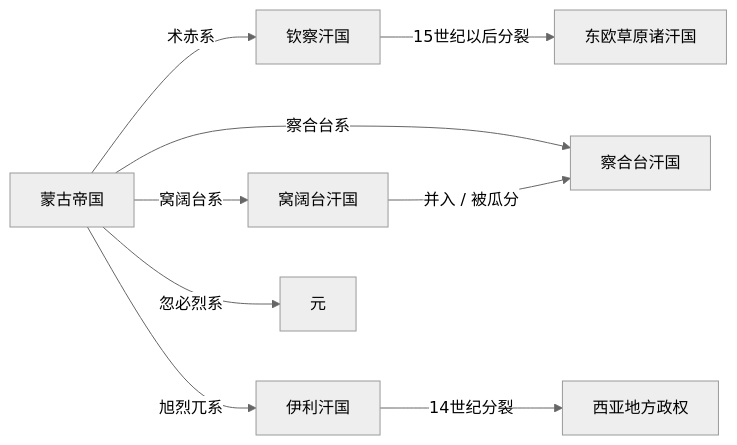
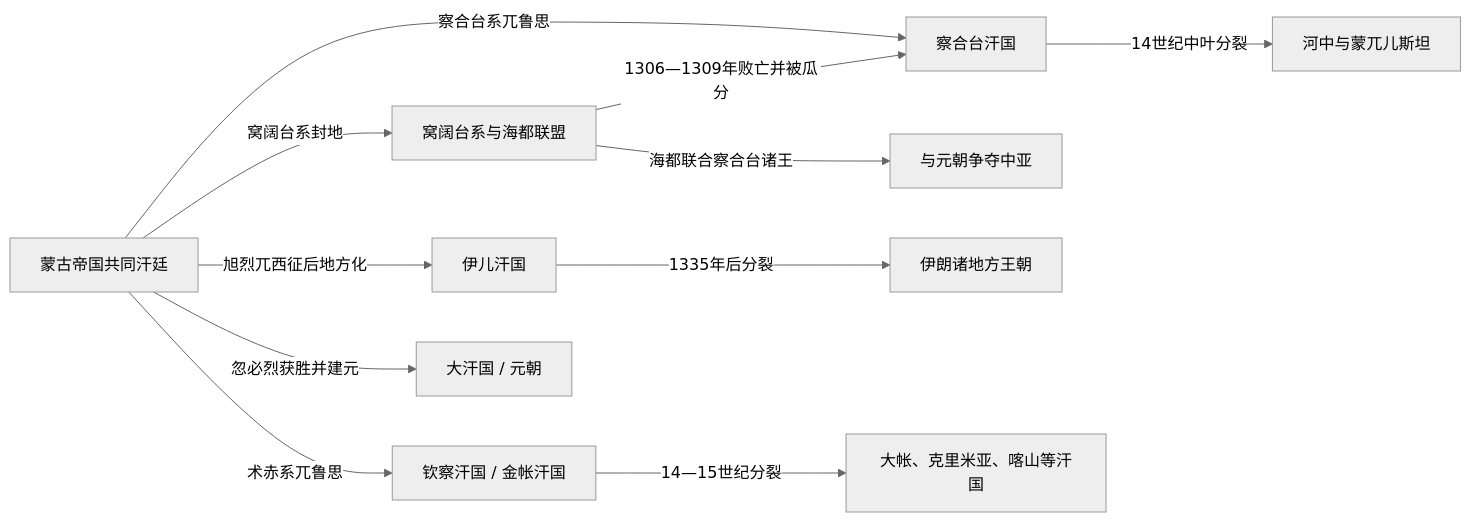
The diagram in 人文科学/历史/东亚/中国/元/四大汗国.md (tianlan-dev/learning-notes), drawn with Mermaid (neutral theme) before and after one commit. The commit also changed other lines of this file and 1417 other files, not shown here.

````diff
--- a/人文科学/历史/东亚/中国/元/四大汗国.md
+++ b/人文科学/历史/东亚/中国/元/四大汗国.md
@@ -17,11 +28,13 @@
 ```mermaid
 flowchart LR
-  MongolEmpire[蒙古帝国] -->|术赤系| GoldenHorde[钦察汗国]
-  MongolEmpire -->|察合台系| Chagatai[察合台汗国]
-  MongolEmpire -->|窝阔台系| Ogedei[窝阔台汗国]
-  MongolEmpire -->|旭烈兀系| Ilkhanate[伊利汗国]
-  MongolEmpire -->|忽必烈系| Yuan[元]
-  Ogedei -->|并入 / 被瓜分| Chagatai
-  Ilkhanate -->|14世纪分裂| LocalDynasties[西亚地方政权]
-  GoldenHorde -->|15世纪以后分裂| SteppeKhanates[东欧草原诸汗国]
+  MongolEmpire["蒙古帝国共同汗廷"] -->|术赤系兀鲁思| GoldenHorde["钦察汗国 / 金帐汗国"]
+  MongolEmpire -->|察合台系兀鲁思| Chagatai["察合台汗国"]
+  MongolEmpire -->|窝阔台系封地| Ogedeid["窝阔台系与海都联盟"]
+  MongolEmpire -->|旭烈兀西征后地方化| Ilkhanate["伊儿汗国"]
+  MongolEmpire -->|忽必烈获胜并建元| Yuan["大汗国 / 元朝"]
+  Ogedeid -->|海都联合察合台诸王| CentralAsianWar["与元朝争夺中亚"]
+  Ogedeid -->|1306—1309年败亡并被瓜分| Chagatai
+  Ilkhanate -->|1335年后分裂| IranianDynasties["伊朗诸地方王朝"]
+  Chagatai -->|14世纪中叶分裂| WestEast["河中与蒙兀儿斯坦"]
+  GoldenHorde -->|14—15世纪分裂| SteppeSuccessors["大帐、克里米亚、喀山等汗国"]
 ```
````
